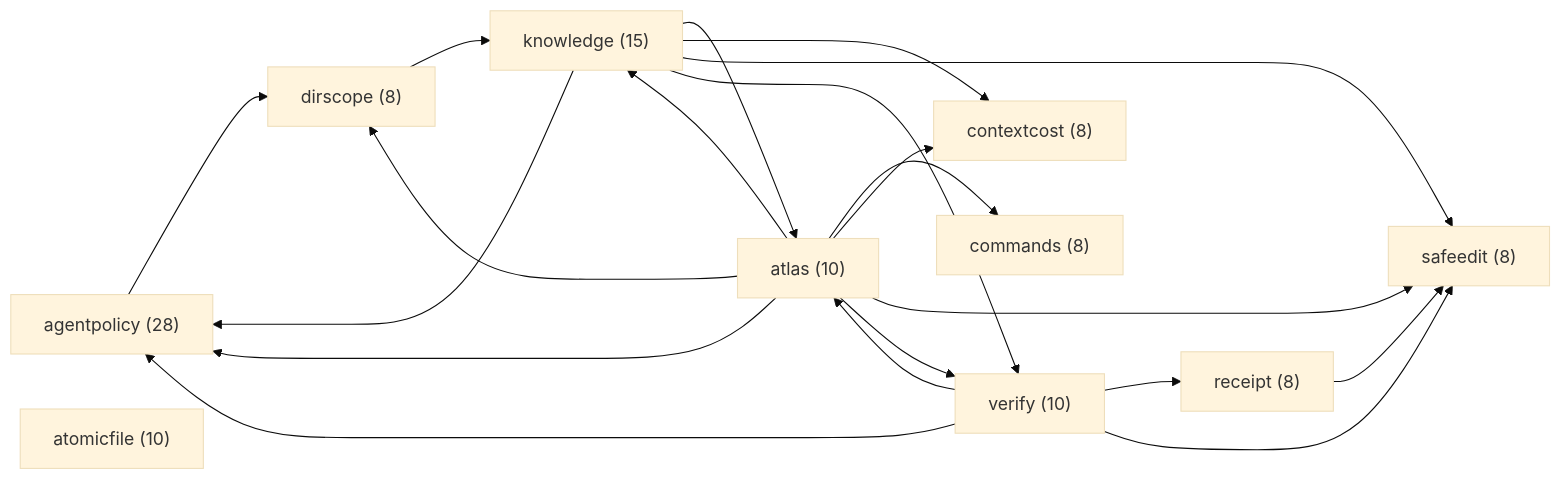
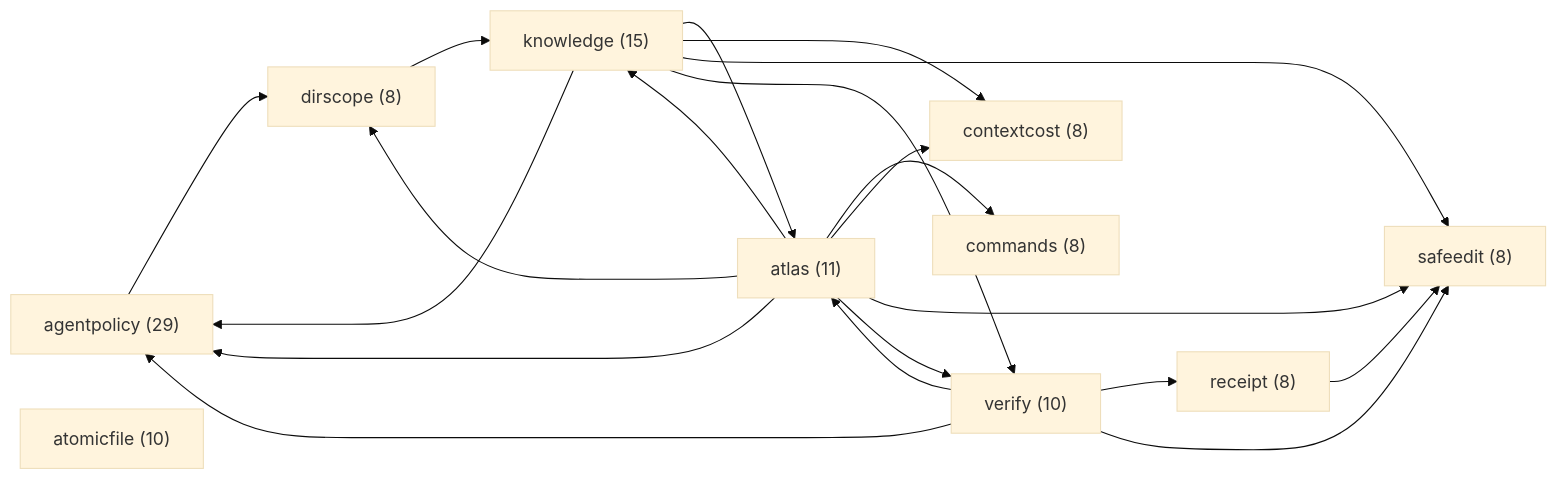
The diagram in docs/MODULES.md (HLIntel/Headron), drawn with Mermaid (base theme) before and after one commit. The commit also changed other lines of this file and 3 other files, not shown here.

````diff
--- a/docs/MODULES.md
+++ b/docs/MODULES.md
@@ -8,32 +8,32 @@
 ```mermaid
 flowchart LR
-  m_agentpolicy["agentpolicy (28)"]
-  m_atlas["atlas (10)"]
+  m_agentpolicy["agentpolicy (29)"]
+  m_atlas["atlas (11)"]
   m_atomicfile["atomicfile (10)"]
   m_commands["commands (8)"]
   m_contextcost["contextcost (8)"]
   m_dirscope["dirscope (8)"]
   m_knowledge["knowledge (15)"]
   m_receipt["receipt (8)"]
   m_safeedit["safeedit (8)"]
   m_verify["verify (10)"]
   m_agentpolicy --> m_dirscope
   m_atlas --> m_agentpolicy
   m_atlas --> m_commands
   m_atlas --> m_contextcost
   m_atlas --> m_dirscope
   m_atlas --> m_knowledge
   m_atlas --> m_safeedit
   m_atlas --> m_verify
   m_dirscope --> m_knowledge
   m_knowledge --> m_agentpolicy
   m_knowledge --> m_atlas
   m_knowledge --> m_contextcost
   m_knowledge --> m_safeedit
   m_knowledge --> m_verify
   m_receipt --> m_safeedit
   m_verify --> m_agentpolicy
   m_verify --> m_atlas
   m_verify --> m_receipt
   m_verify --> m_safeedit
 ```
````
